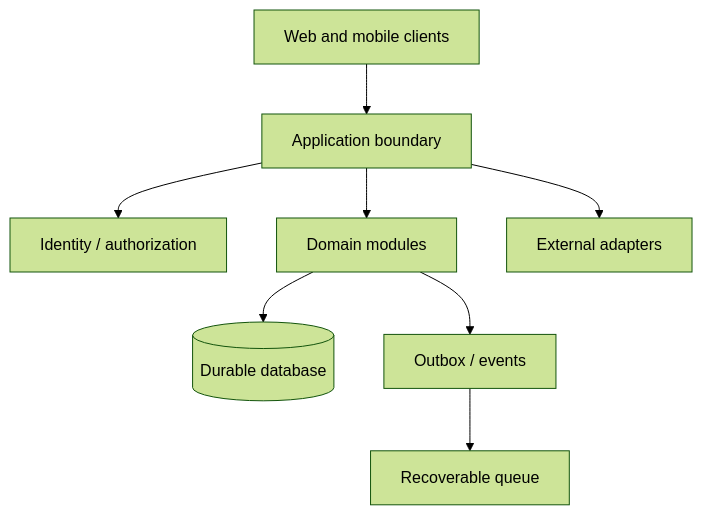
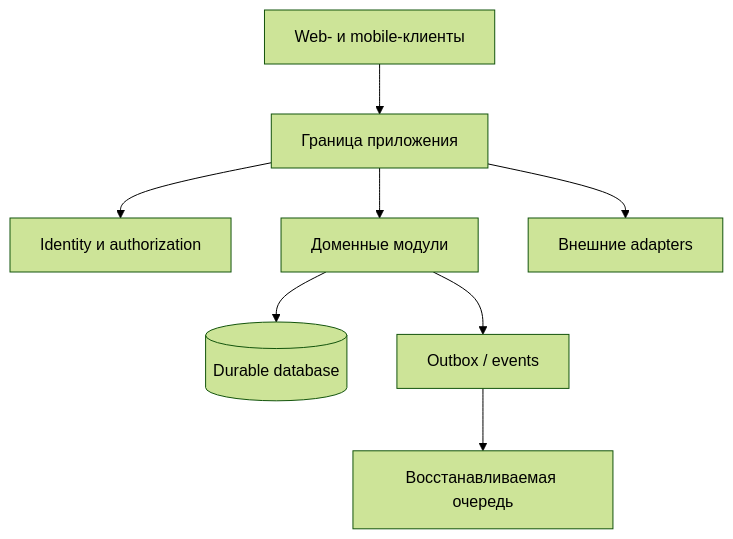
The diagram in architecture/system-boundaries.md (Ilyusa206/engineering-showcase), drawn with Mermaid (forest theme) before and after one commit. The commit also changed other lines of this file and 17 other files, not shown here.

````diff
--- a/architecture/system-boundaries.md
+++ b/architecture/system-boundaries.md
@@ -5,10 +5,10 @@
 ```mermaid
 flowchart TD
-    CLIENTS["Web and mobile clients"] --> APP["Application boundary"]
-    APP --> AUTH["Identity / authorization"]
-    APP --> DOM["Domain modules"]
-    DOM --> DB[(Durable database)]
+    CLIENTS["Web- и mobile-клиенты"] --> APP["Граница приложения"]
+    APP --> AUTH["Identity и authorization"]
+    APP --> DOM["Доменные модули"]
+    DOM --> DB[("Durable database")]
     DOM --> OUT["Outbox / events"]
-    OUT --> Q["Recoverable queue"]
-    APP --> ADAPTERS["External adapters"]
+    OUT --> Q["Восстанавливаемая очередь"]
+    APP --> ADAPTERS["Внешние adapters"]
 ```
````
